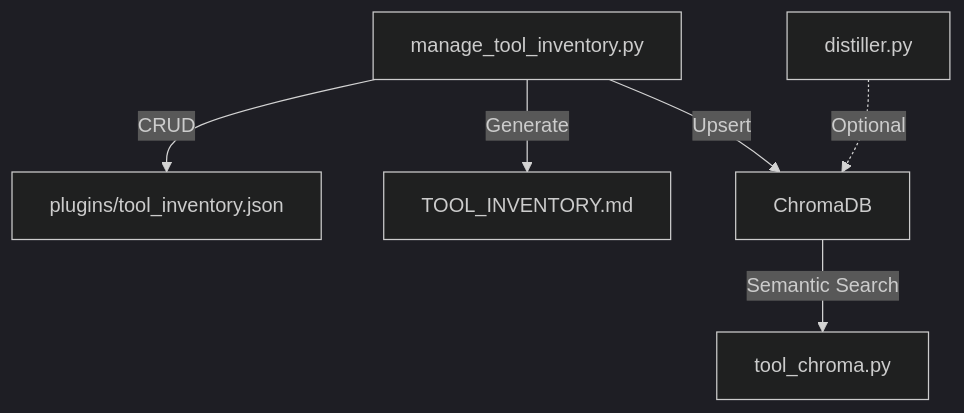
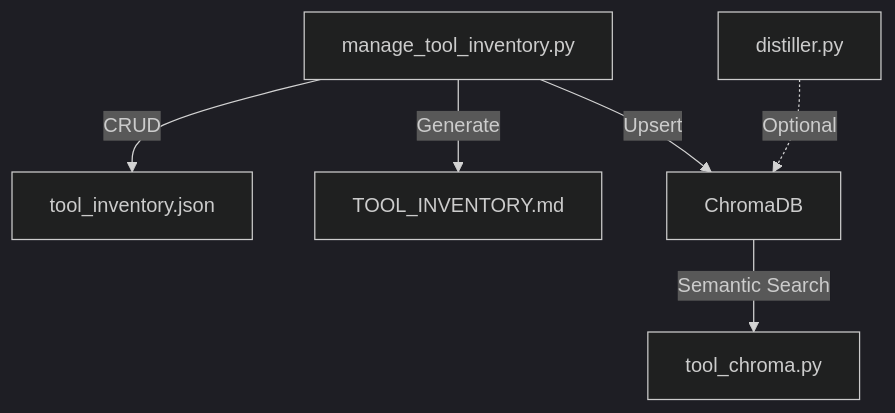
One commit to richfrem/agent-plugins-skills changed the diagram in plugins/tool-inventory/README.md. Above: the diagram before and after it, drawn with Mermaid (dark theme). The commit also changed 535 other files, not shown here.

````diff
--- a/plugins/tool-inventory/README.md
+++ b/plugins/tool-inventory/README.md
@@ -100,8 +100,8 @@
 ```mermaid
 graph TD
-    A["manage_tool_inventory.py"] -->|CRUD| B["plugins/tool_inventory.json"]
+    A["manage_tool_inventory.py"] -->|CRUD| B["tool_inventory.json"]
     A -->|Generate| C["TOOL_INVENTORY.md"]
     A -->|Upsert| D["ChromaDB"]
     D -->|Semantic Search| E["tool_chroma.py"]
     F["distiller.py"] -.->|Optional| D
 ```
````
